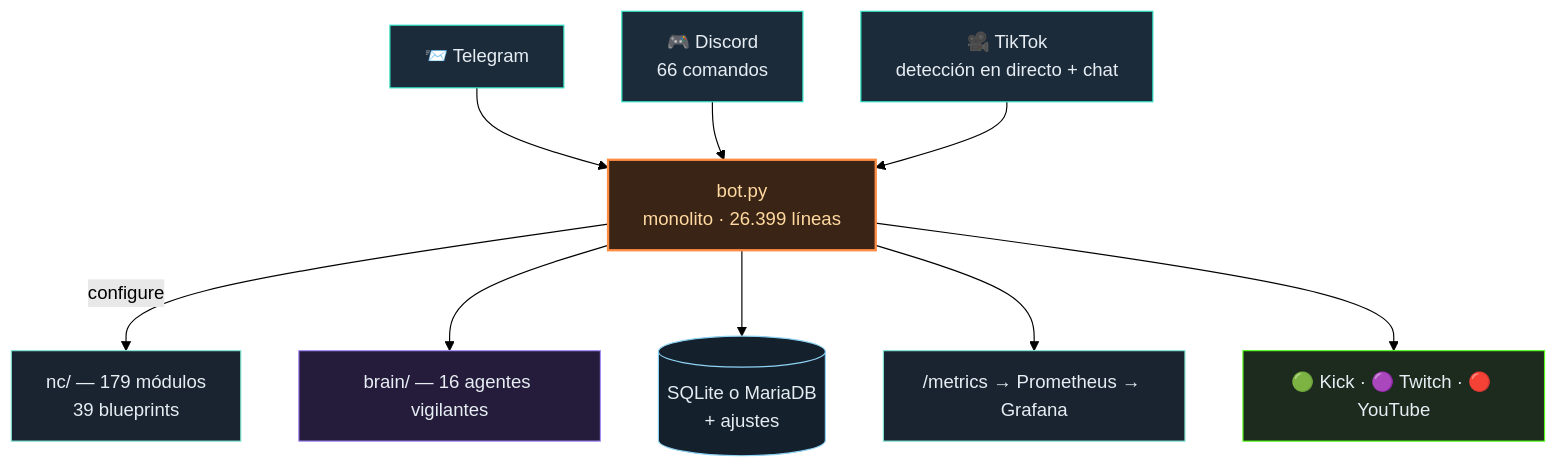
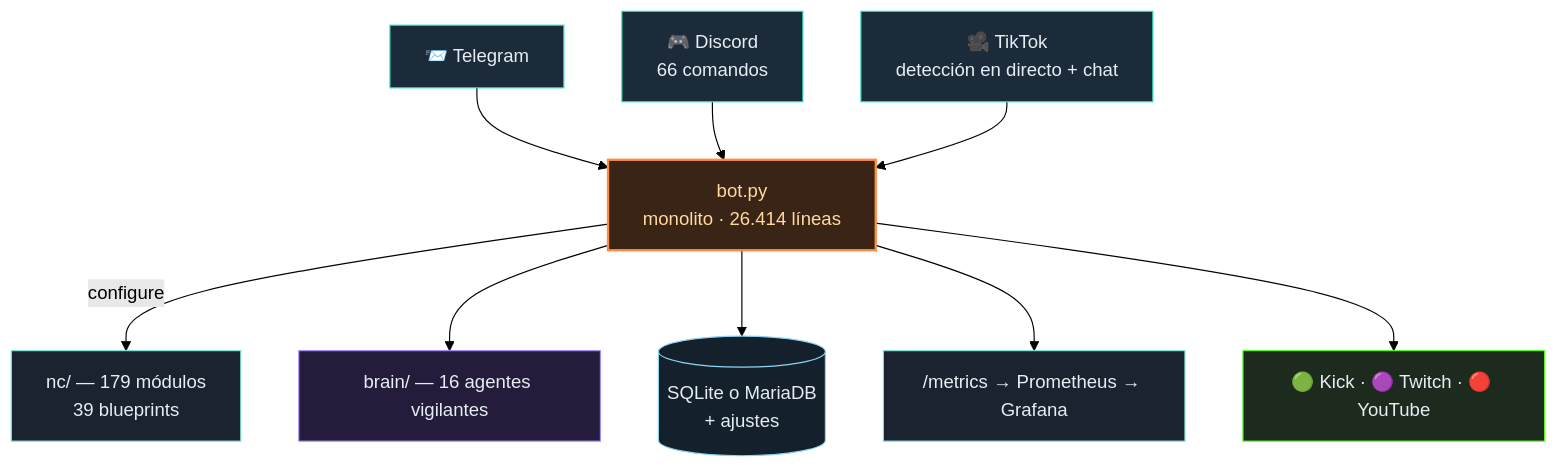
Before and after one commit to itsamemedev/Telegram-Stream-Info-Bot: the diagram in README.es.md, drawn with Mermaid (forest theme). The commit also changed other lines of this file and 14 other files, not shown here.

````diff
--- a/README.es.md
+++ b/README.es.md
@@ -64,18 +64,18 @@
 ```mermaid
 flowchart TB
     TG["📨 Telegram"]:::ein --> BOT
     DC["🎮 Discord<br/>66 comandos"]:::ein --> BOT
     TT["🎥 TikTok<br/>detección en directo + chat"]:::ein --> BOT
-    BOT["bot.py<br/>monolito · 26.399 líneas"]:::core
+    BOT["bot.py<br/>monolito · 26.414 líneas"]:::core
     BOT -->|configure| NC["nc/ — 179 módulos<br/>39 blueprints"]:::lib
     BOT --> BRAIN["brain/ — 16 agentes vigilantes"]:::brain
     BOT --> DB[("SQLite o MariaDB<br/>+ ajustes")]:::db
     BOT --> PROM["/metrics → Prometheus → Grafana"]:::lib
     BOT --> OUT["🟢 Kick · 🟣 Twitch · 🔴 YouTube"]:::out
     classDef ein fill:#1c2b3a,stroke:#2de1c2,color:#e6edf3
     classDef core fill:#3a2415,stroke:#ff8c42,stroke-width:2px,color:#ffd9a0
     classDef lib fill:#1a2430,stroke:#7fe7d4,color:#e6edf3
     classDef brain fill:#241c3a,stroke:#a78bfa,color:#e6edf3
     classDef db fill:#14202c,stroke:#8fd3f4,color:#e6edf3
     classDef out fill:#1c2b1e,stroke:#53fc18,color:#e6edf3
 ```
````
